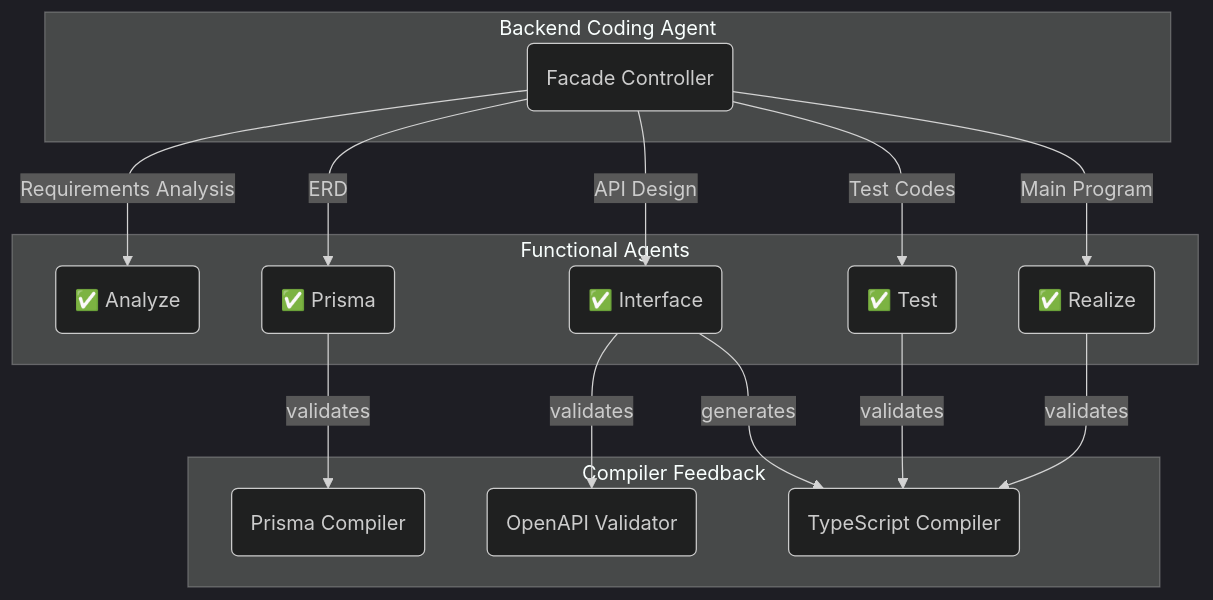
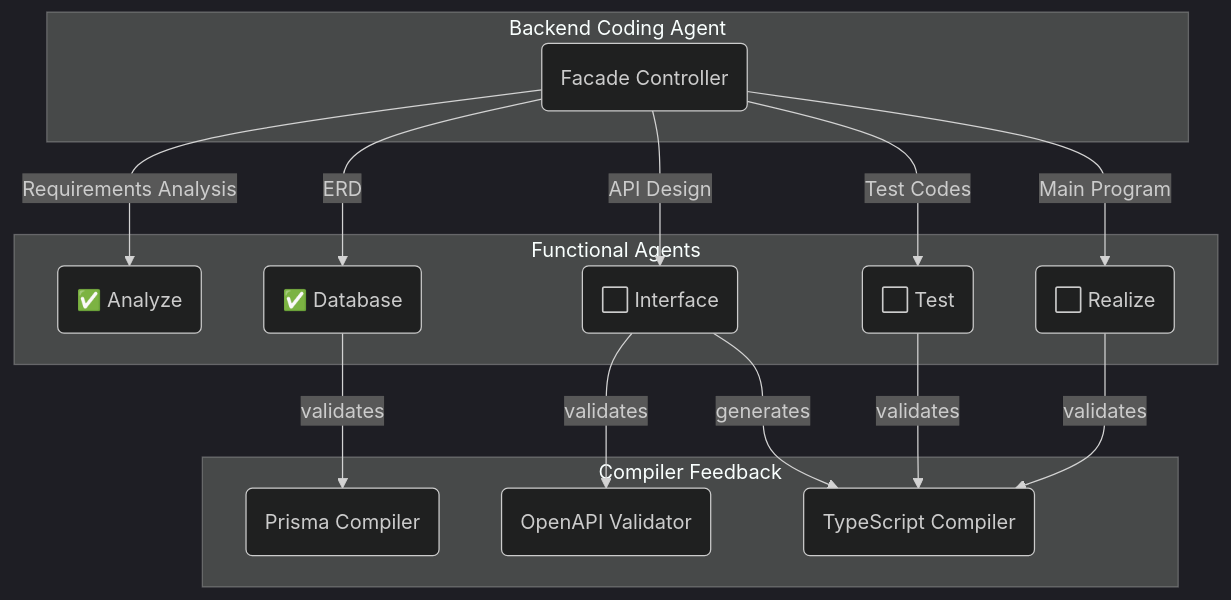
The diagram in deepseek/deepseek-v3.1-terminus-exacto/bbs/README.md (wrtnlabs/autobe-examples), drawn with Mermaid (dark theme) before and after one commit. The commit also changed other lines of this file and 9391 other files, not shown here.

````diff
--- a/deepseek/deepseek-v3.1-terminus-exacto/bbs/README.md
+++ b/deepseek/deepseek-v3.1-terminus-exacto/bbs/README.md
@@ -14,20 +14,20 @@
 ```mermaid
 flowchart
 subgraph "Backend Coding Agent"
   coder("Facade Controller")
 end
 subgraph "Functional Agents"
   coder --"Requirements Analysis"--> analyze("✅ Analyze")
-  coder --"ERD"--> prisma("✅ Prisma")
-  coder --"API Design"--> interface("✅ Interface")
-  coder --"Test Codes" --> test("✅ Test")
-  coder --"Main Program" --> realize("✅ Realize")
+  coder --"ERD"--> database("✅ Database")
+  coder --"API Design"--> interface("⬜ Interface")
+  coder --"Test Codes" --> test("⬜ Test")
+  coder --"Main Program" --> realize("⬜ Realize")
 end
 subgraph "Compiler Feedback"
-  prisma --"validates" --> prismaCompiler("Prisma Compiler")
+  database --"validates" --> prismaCompiler("Prisma Compiler")
   interface --"validates" --> openapiValidator("OpenAPI Validator")
   interface --"generates" --> tsCompiler("TypeScript Compiler")
   test --"validates" --> tsCompiler("TypeScript Compiler")
   realize --"validates" --> tsCompiler("TypeScript Compiler")
 end
 ```
````
